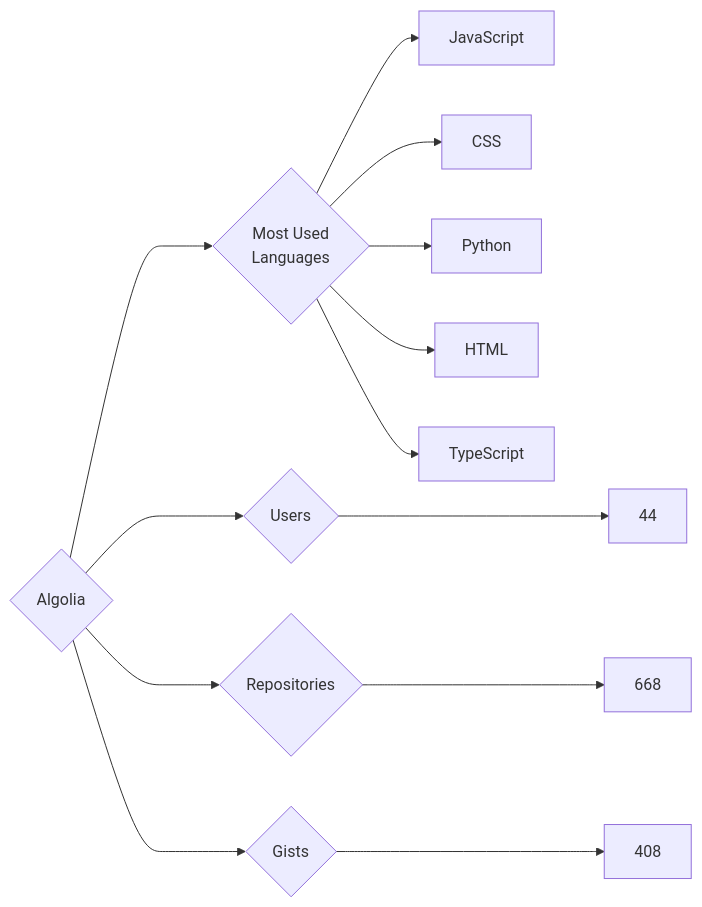
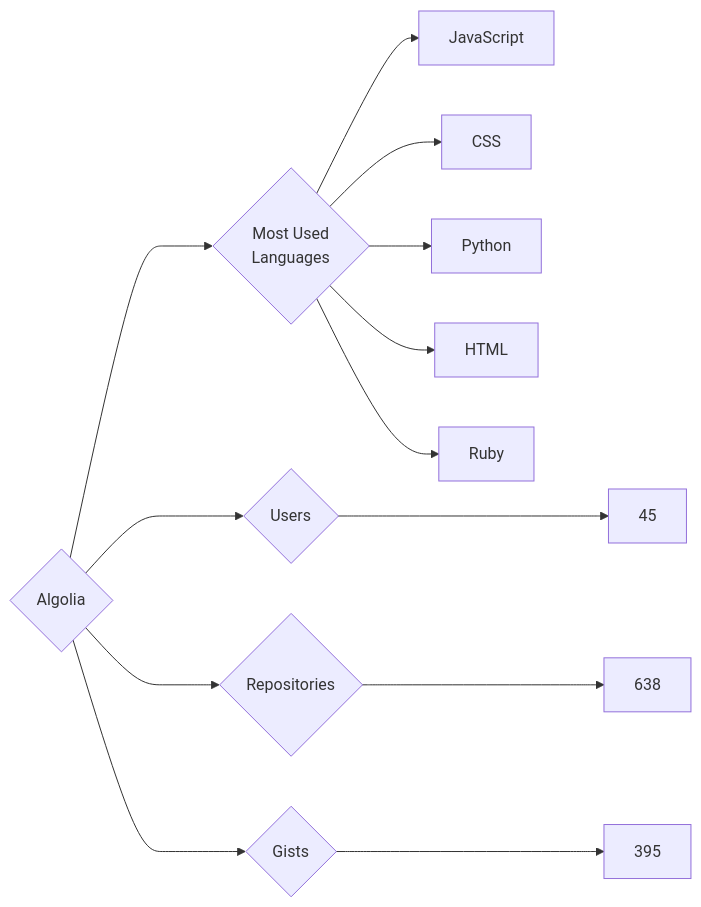
Before and after one commit to trickest/insiders: the diagram in targets/Algolia/README.md, drawn with Mermaid. The commit also changed 984 other files, not shown here.

````diff
--- a/targets/Algolia/README.md
+++ b/targets/Algolia/README.md
@@ -3,13 +3,13 @@
 ```mermaid
 graph LR
 COMPANY_NAME{Algolia}
-COMPANY_NAME ---> U{Users} ---> UN[44]
-COMPANY_NAME ---> R{Repositories} ---> RN[668]
-COMPANY_NAME ---> G{Gists} ---> GN[408]
+COMPANY_NAME ---> U{Users} ---> UN[45]
+COMPANY_NAME ---> R{Repositories} ---> RN[638]
+COMPANY_NAME ---> G{Gists} ---> GN[395]
 COMPANY_NAME ---> ML{Most Used<br>Languages}
 ML --> JavaScript[JavaScript]
 ML --> CSS[CSS]
 ML --> Python[Python]
 ML --> HTML[HTML]
-ML --> TypeScript[TypeScript]
+ML --> Ruby[Ruby]
 ```
````
